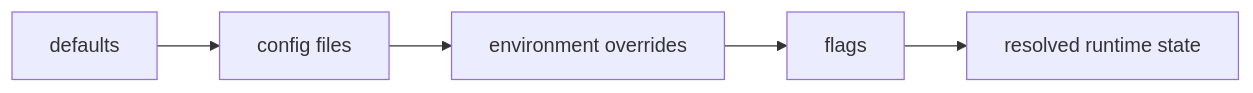
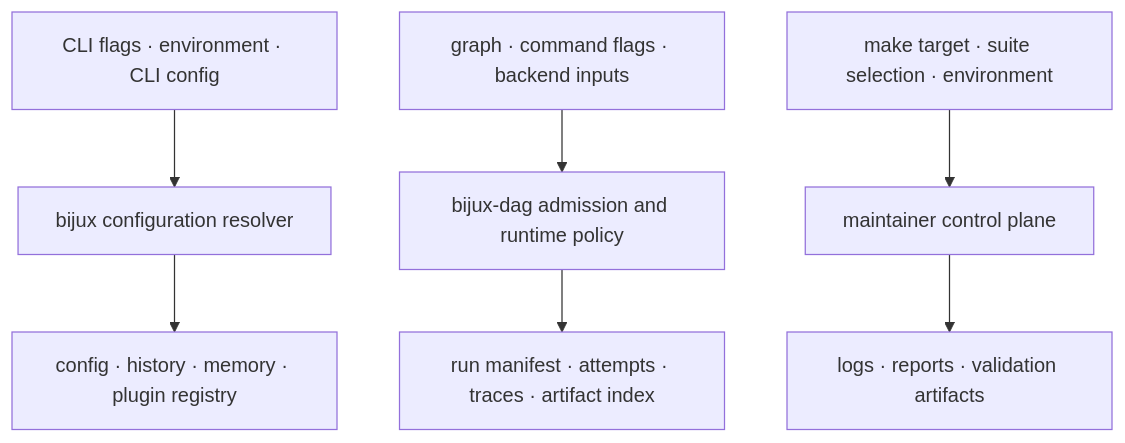
The diagram in docs/bijux-core/architecture/state-and-configuration.md (bijux/bijux-cli), drawn with Mermaid before and after one commit. The commit also changed other lines of this file and 3 other files, not shown here.

````diff
--- a/docs/bijux-core/architecture/state-and-configuration.md
+++ b/docs/bijux-core/architecture/state-and-configuration.md
@@ -26,7 +18,18 @@
 ```mermaid
-flowchart LR
-    defaults["defaults"] --> config["config files"]
-    config --> env["environment overrides"]
-    env --> flags["flags"]
-    flags --> resolved["resolved runtime state"]
+flowchart TB
+    cli_input["CLI flags · environment · CLI config"]
+    cli_resolver["bijux configuration resolver"]
+    cli_state["config · history · memory · plugin registry"]
+
+    dag_input["graph · command flags · backend inputs"]
+    dag_resolver["bijux-dag admission and runtime policy"]
+    dag_state["run manifest · attempts · traces · artifact index"]
+
+    dev_input["make target · suite selection · environment"]
+    dev_control["maintainer control plane"]
+    dev_state["logs · reports · validation artifacts"]
+
+    cli_input --> cli_resolver --> cli_state
+    dag_input --> dag_resolver --> dag_state
+    dev_input --> dev_control --> dev_state
 ```
````
